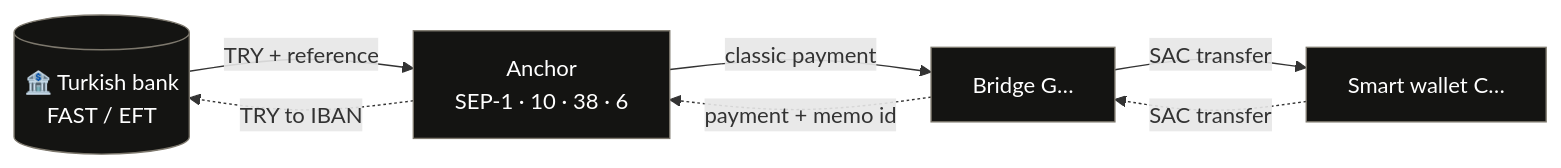
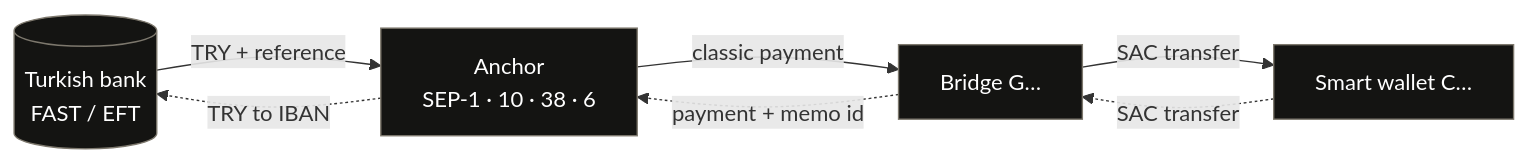
One commit to egekoca/RosaPayApplication changed the fifth of 5 diagrams in README.md. Above: the diagram before and after it, drawn with Mermaid. The commit also changed other lines of this file, not shown here.

````diff
--- a/README.md
+++ b/README.md
@@ -269,18 +269,18 @@
 ```mermaid
 flowchart LR
-    BANK[("🏦 Turkish bank<br/>FAST / EFT")]
+    BANK[("Turkish bank<br/>FAST / EFT")]
     AN["Anchor<br/>SEP-1 · 10 · 38 · 6"]
     BR["Bridge G…"]
     SW["Smart wallet C…"]
 
     BANK -->|"TRY + reference"| AN
     AN -->|"classic payment"| BR
     BR -->|"SAC transfer"| SW
 
     SW -.->|"SAC transfer"| BR
     BR -.->|"payment + memo id"| AN
     AN -.->|"TRY to IBAN"| BANK
 
     classDef n fill:#141412,stroke:#7D786D,color:#fff
     class BANK,AN,BR,SW n
 ```
````
